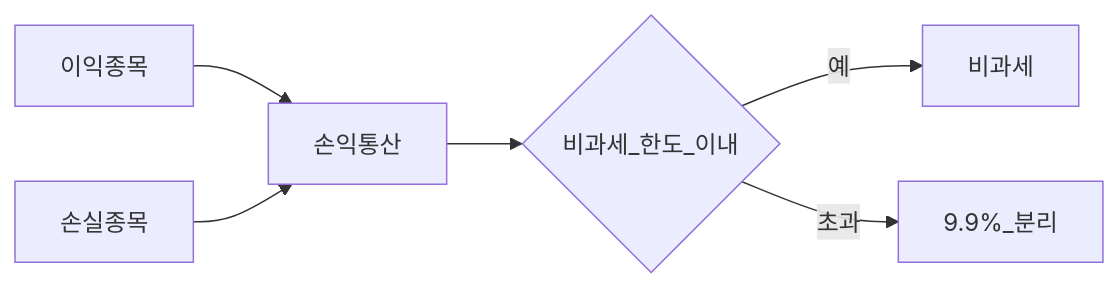
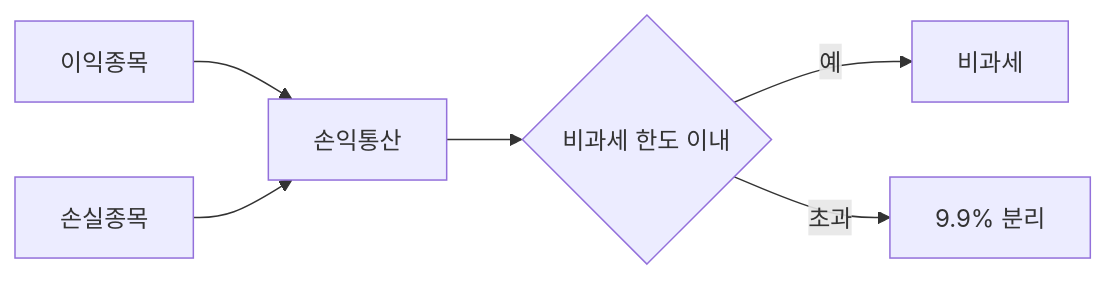
Before and after one commit to goldanghenry/Finances: the second of 3 diagrams in 06-korea-policy/isa.md, drawn with Mermaid. The commit also changed other lines of this file and 211 other files, not shown here.

````diff
--- a/06-korea-policy/isa.md
+++ b/06-korea-policy/isa.md
@@ -119,8 +129,8 @@
 ```mermaid
 flowchart LR
   G[이익종목] --> Net[손익통산]
   L[손실종목] --> Net
-  Net --> Free{비과세_한도_이내}
+  Net --> Free{"비과세 한도 이내"}
   Free -->|예| Zero[비과세]
-  Free -->|초과| Sep[9.9%_분리]
+  Free -->|초과| Sep["9.9% 분리"]
 ```
````
